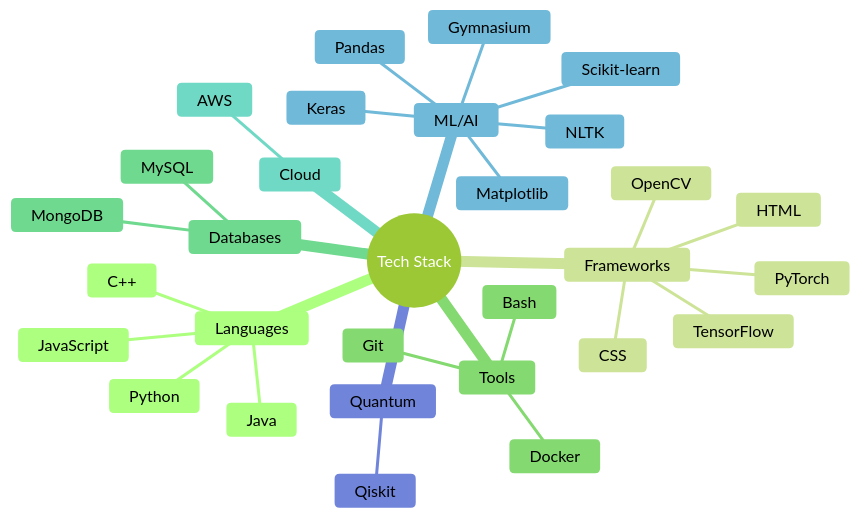
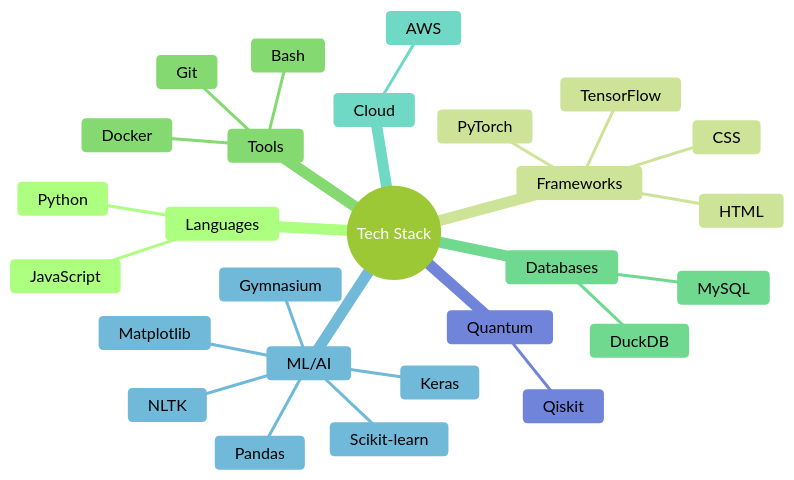
Before and after one commit to ka-us-tubh/ka-us-tubh: the diagram in README.md, drawn with Mermaid. The commit also changed other lines of this file, not shown here.

````diff
--- a/README.md
+++ b/README.md
@@ -60,35 +42,32 @@
 ```mermaid
 %%{init: {'theme': 'forest'}}%%
 mindmap
 root((Tech Stack))
                   Languages
                     Python
-                    C++
-                    Java
                     JavaScript
                   Frameworks
                     TensorFlow
                     PyTorch
-                    OpenCV
                     HTML
                     CSS
                   Tools
                     Git
                     Docker
                     Bash
                   Databases
                     MySQL
-                    MongoDB
+                    DuckDB
                   Cloud
                     AWS
                   ML/AI
                     Scikit-learn
                     Keras
                     NLTK
                     Pandas
                     Gymnasium
                     Matplotlib
                   Quantum
                     Qiskit
       
 ```
````
